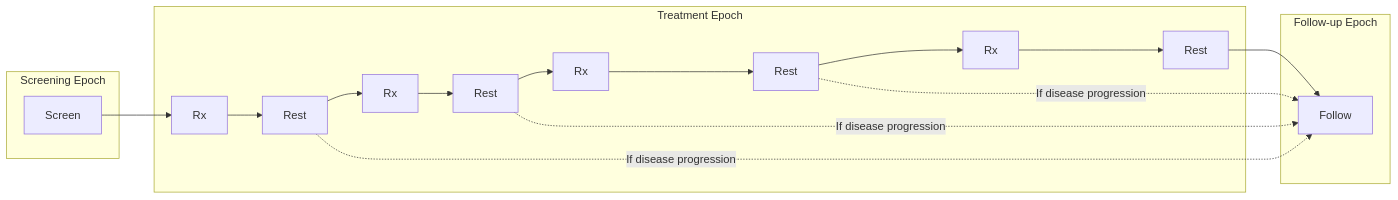
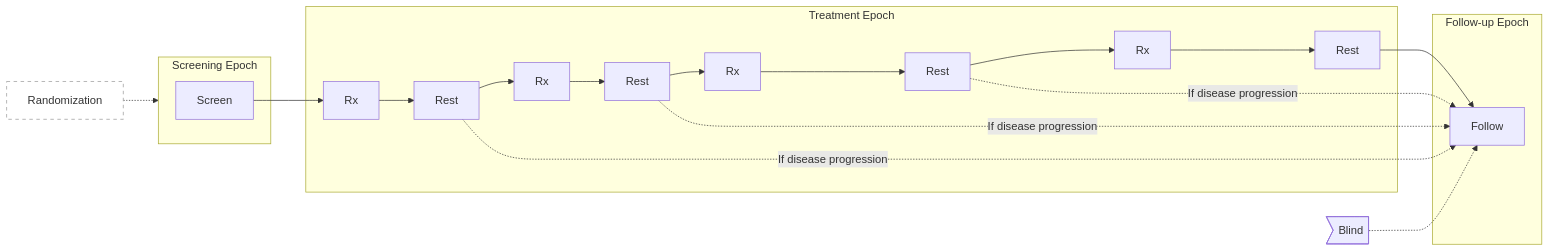
Before and after one commit to hakupao/sdtm-pedia: diagram 17 of 24 in knowledge_base/domains/TA/examples.md, drawn with Mermaid. The commit also changed other lines of this file and 12 other files, not shown here.

First line of the commit message:
fix(kb): Tier B batch B-TA — TA narratives restored + 24 Mermaid vs PDF figures (PASS after 3 attempts; local)

````diff
--- a/knowledge_base/domains/TA/examples.md
+++ b/knowledge_base/domains/TA/examples.md
@@ -442,17 +642,20 @@
 ```mermaid
 graph LR
     subgraph SE["Screening Epoch"]
         S[Screen]
     end
     subgraph TE["Treatment Epoch"]
         rx1[Rx] --> re1[Rest] --> rx2[Rx] --> re2[Rest] --> rx3[Rx] --> re3[Rest] --> rx4[Rx] --> re4[Rest]
     end
     subgraph FU["Follow-up Epoch"]
         F[Follow]
     end
     S --> rx1
     re4 --> F
     re1 -.->|"If disease progression"| F
     re2 -.->|"If disease progression"| F
     re3 -.->|"If disease progression"| F
+    armX>"Blind"] -.-> F
+    rand["Randomization"] -.-> SE
+    style rand fill:#fff,stroke:#999,stroke-dasharray:5 5
 ```
````
